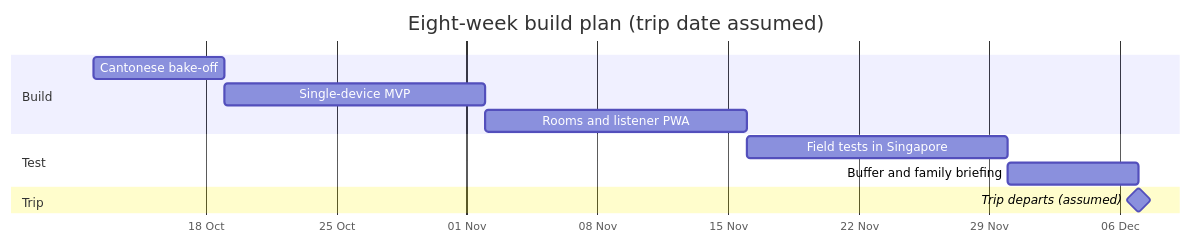
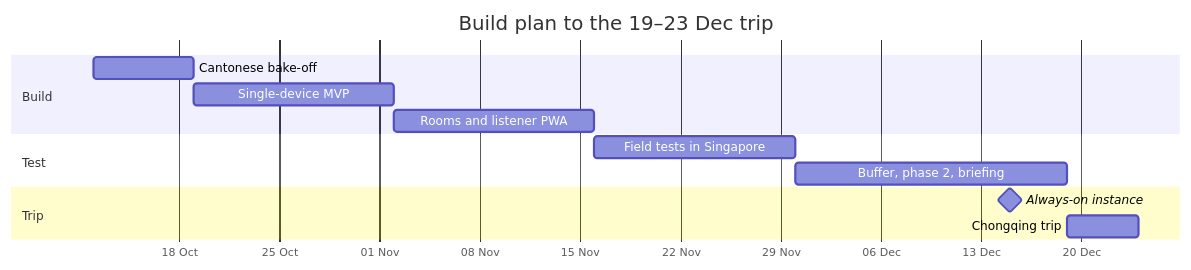
The fourth of 4 diagrams in docs/architecture.md (khoonseng/FamilyTranslator), drawn with Mermaid before and after one commit. The commit also changed other lines of this file and 5 other files, not shown here.

Commit message:
Refactor Chongqing Family Translator documentation: - Deleted outdated PDF and Markdown files. - Added new DOCX file for technical architecture and design. - Updated existing PDF with revised content.

````diff
--- a/docs/architecture.md
+++ b/docs/architecture.md
@@ -277,15 +431,16 @@
 ```mermaid
 gantt
-  title Eight-week build plan (trip date assumed)
+  title Build plan to the 19–23 Dec trip
   dateFormat YYYY-MM-DD
   axisFormat %d %b
   section Build
   Cantonese bake-off         :a1, 2026-10-12, 7d
   Single-device MVP          :a2, 2026-10-19, 14d
   Rooms and listener PWA     :a3, 2026-11-02, 14d
   section Test
   Field tests in Singapore   :a4, 2026-11-16, 14d
-  Buffer and family briefing :a5, 2026-11-30, 7d
+  Buffer, phase 2, briefing  :a5, 2026-11-30, 19d
   section Trip
-  Trip departs (assumed)     :milestone, m1, 2026-12-07, 0d
+  Always-on instance         :milestone, m0, 2026-12-15, 0d
+  Chongqing trip             :a6, 2026-12-19, 5d
 ```
````
